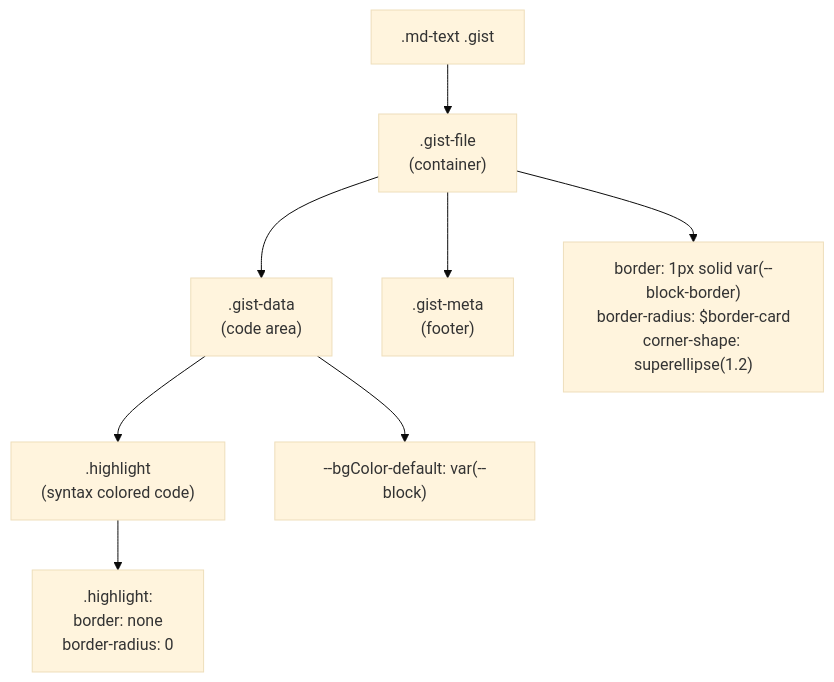
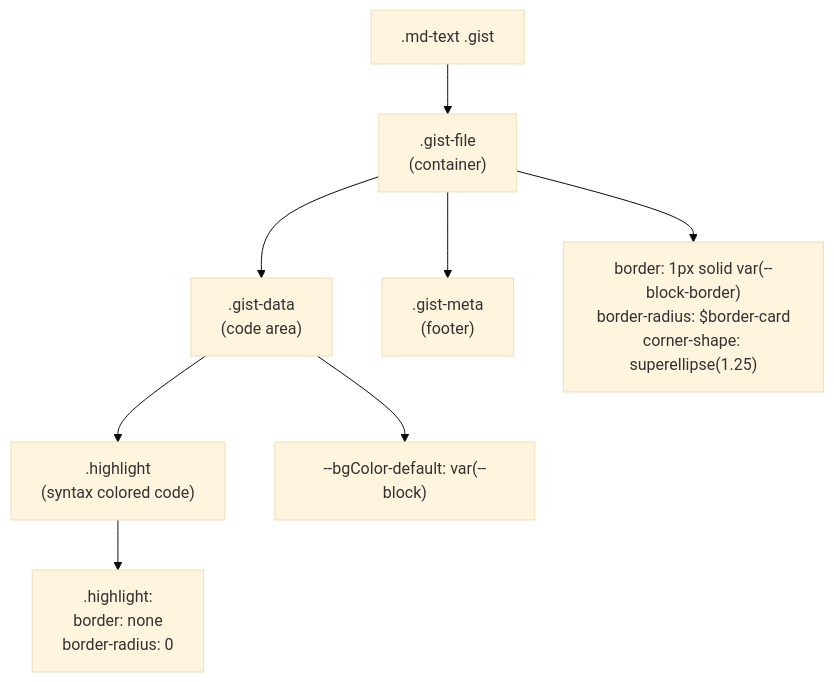
The ninth of 10 diagrams in themes/stellar/docs/knowledge/01-样式系统/code-highlighting.md (penndu/hexo), drawn with Mermaid (base theme) before and after one commit. The commit also changed other lines of this file and 75 other files, not shown here.

````diff
--- a/themes/stellar/docs/knowledge/01-样式系统/code-highlighting.md
+++ b/themes/stellar/docs/knowledge/01-样式系统/code-highlighting.md
@@ -367,21 +367,21 @@
 ```mermaid
 graph TB
     GIST[".md-text .gist"]
     GISTFILE[".gist-file<br/>(container)"]
     GISTDATA[".gist-data<br/>(code area)"]
     HIGHLIGHT[".highlight<br/>(syntax colored code)"]
     GISTMETA[".gist-meta<br/>(footer)"]
     
     GIST --> GISTFILE
     GISTFILE --> GISTDATA
     GISTFILE --> GISTMETA
     GISTDATA --> HIGHLIGHT
     
-    BORDER["border: 1px solid var(--block-border)<br/>border-radius: $border-card<br/>corner-shape: superellipse(1.2)"]
+    BORDER["border: 1px solid var(--block-border)<br/>border-radius: $border-card<br/>corner-shape: superellipse(1.25)"]
     BGOVERRIDE["--bgColor-default: var(--block)"]
     NOBORDER[".highlight:<br/>border: none<br/>border-radius: 0"]
     
     GISTFILE --> BORDER
     GISTDATA --> BGOVERRIDE
     HIGHLIGHT --> NOBORDER
 ```
````
